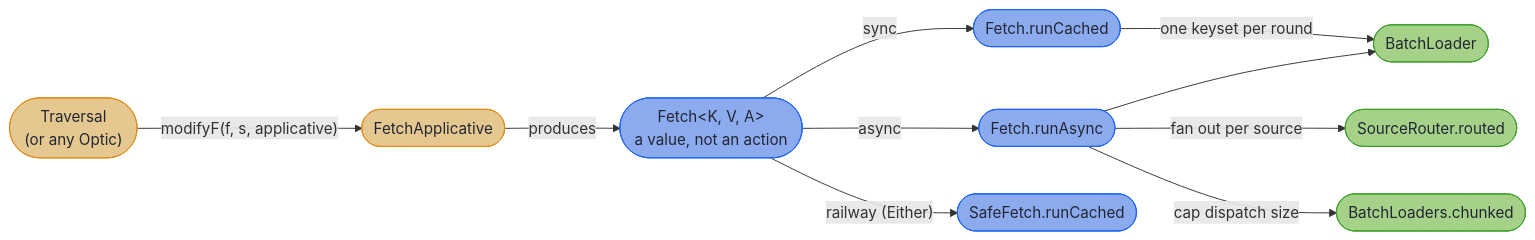
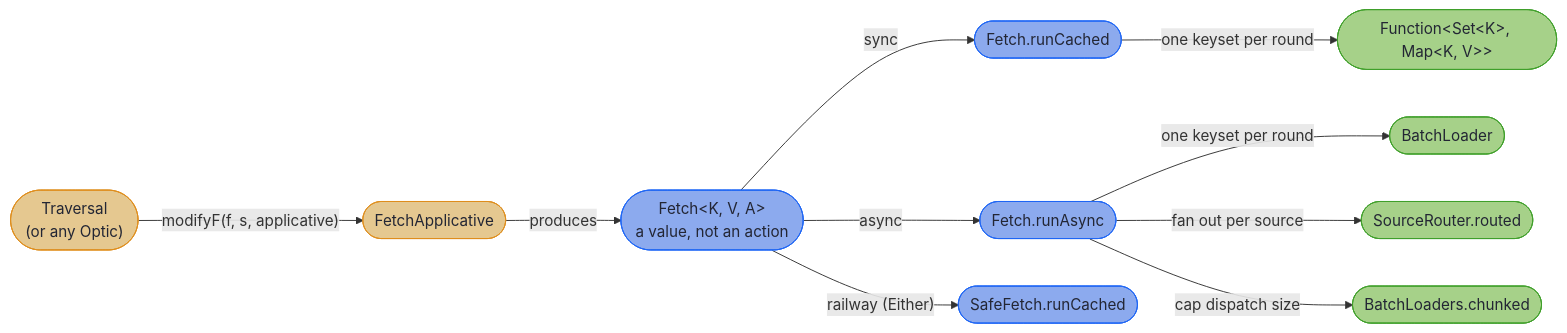
The second of 3 diagrams in hkj-book/src/optics/optic_batching.md (higher-kinded-j/higher-kinded-j), drawn with Mermaid before and after one commit. The commit also changed 6 other files, not shown here.

````diff
--- a/hkj-book/src/optics/optic_batching.md
+++ b/hkj-book/src/optics/optic_batching.md
@@ -62,21 +62,21 @@
 ```mermaid
 flowchart LR
     OP(["Traversal<br/>(or any Optic)"]) -->|"modifyF(f, s, applicative)"| FA(["FetchApplicative"])
     FA -->|"produces"| F(["Fetch&lt;K, V, A&gt;<br/>a value, not an action"])
 
     F -->|"sync"| RC(["Fetch.runCached"])
     F -->|"async"| RA(["Fetch.runAsync"])
     F -->|"railway (Either)"| SC(["SafeFetch.runCached"])
 
-    RC -->|"one keyset per round"| BL(["BatchLoader"])
-    RA --> BL
+    RC -->|"one keyset per round"| FN(["Function&lt;Set&lt;K&gt;, Map&lt;K, V&gt;&gt;"])
+    RA -->|"one keyset per round"| BL(["BatchLoader"])
     RA -->|"fan out per source"| SR(["SourceRouter.routed"])
     RA -->|"cap dispatch size"| BC(["BatchLoaders.chunked"])
 
     classDef shape fill:#e5c890,stroke:#df8e1d,color:#232634
     classDef wire fill:#8caaee,stroke:#1e66f5,color:#232634
     classDef tier fill:#a6d189,stroke:#40a02b,color:#232634
     class OP,FA shape
     class F,RC,RA,SC wire
-    class BL,SR,BC tier
+    class FN,BL,SR,BC tier
 ```
````
